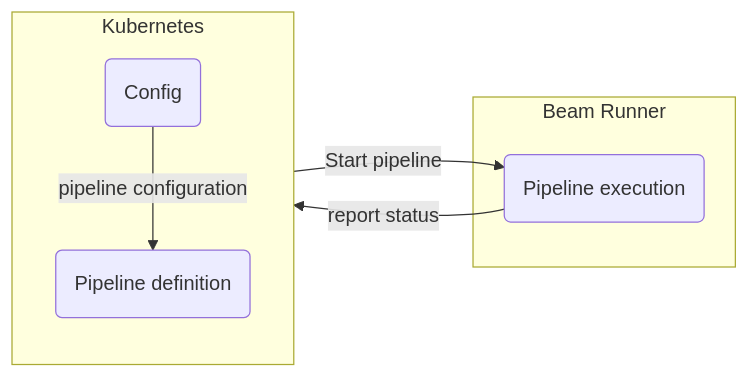
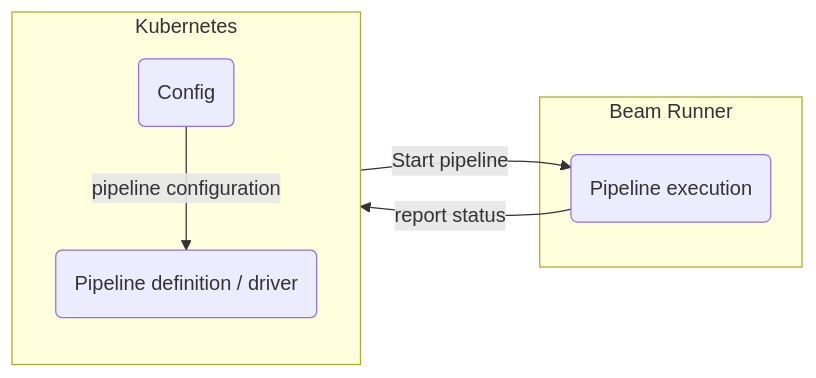
The diagram in 10-beam-pipeline/README.md (cognitedata/cdf-sdk-java-examples), drawn with Mermaid before and after one commit. The commit also changed other lines of this file, not shown here.

````diff
--- a/10-beam-pipeline/README.md
+++ b/10-beam-pipeline/README.md
@@ -13,15 +19,15 @@
 ```mermaid
 flowchart LR
     subgraph k8 [Kubernetes]
         direction TB
-        1A(Pipeline definition)
+        1A(Pipeline definition / driver)
         1B(Config)
         1B --> |pipeline configuration| 1A
     end
     subgraph beam [Beam Runner]
         2A(Pipeline execution)
     end
     
     1A -->|Start pipeline| 2A
     2A -->|report status| 1A
 ```
````
